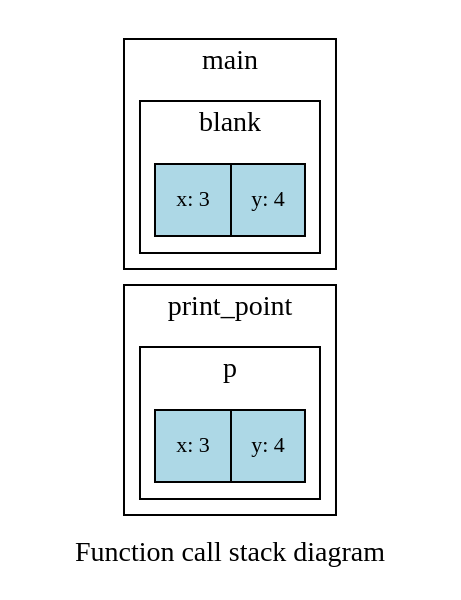
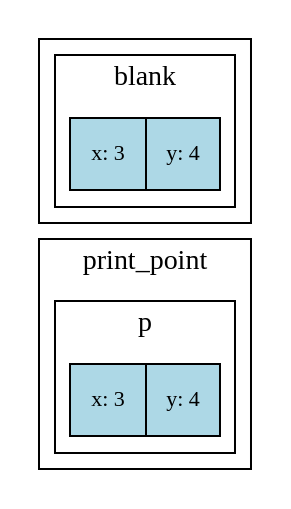
The diagram in src/chapter8/pass_by_value.rst (DaveParillo/cisc192-reader), drawn with Graphviz before and after one commit. The commit also changed other lines of this file and 20 other files, not shown here.

```diff
--- a/src/chapter8/pass_by_value.rst
+++ b/src/chapter8/pass_by_value.rst
@@ -12,35 +12,34 @@
 .. digraph:: state
+   :name: fig_pass_by_value_stack
+   :caption: Function call stack diagram
+   :alt: function call stack diagram
    :align: center
-   :alt: function call stack diagram
 
    graph [compound = true];
    fontname = "Bitstream Vera Sans"
-   label="Function call stack diagram";
-   labelloc=bottom;
    node [
       shape=record
       fontname = "Bitstream Vera Sans"
       fontsize = 11
       style=filled
       fillcolor=lightblue
    ]
 
    subgraph cluster_main {
-      label="main"
       labelloc=top;
       subgraph cluster_0 {
          label="blank"
          main [label="x: 3 | y: 4"]
       }
    }
 
    subgraph cluster_func {
       label="print_point"
       labelloc=top;
       subgraph cluster_1 {
          label="p"
          print [label="x: 3 | y: 4"]
       }
    }
 
    main -> print [style=invis]; 
```
